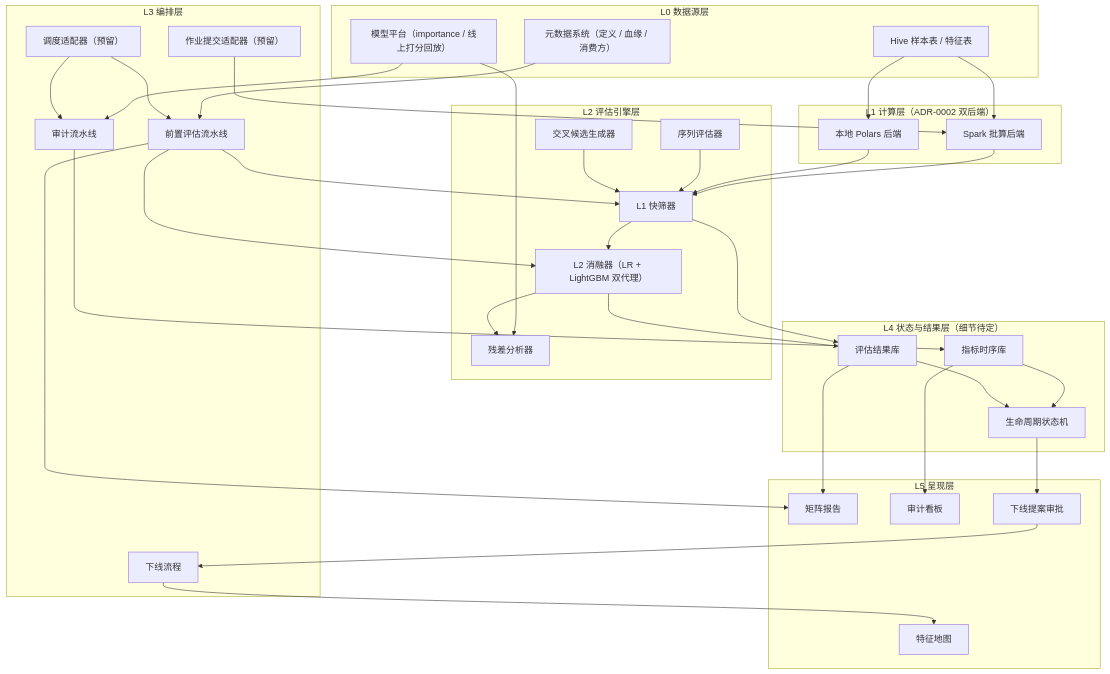
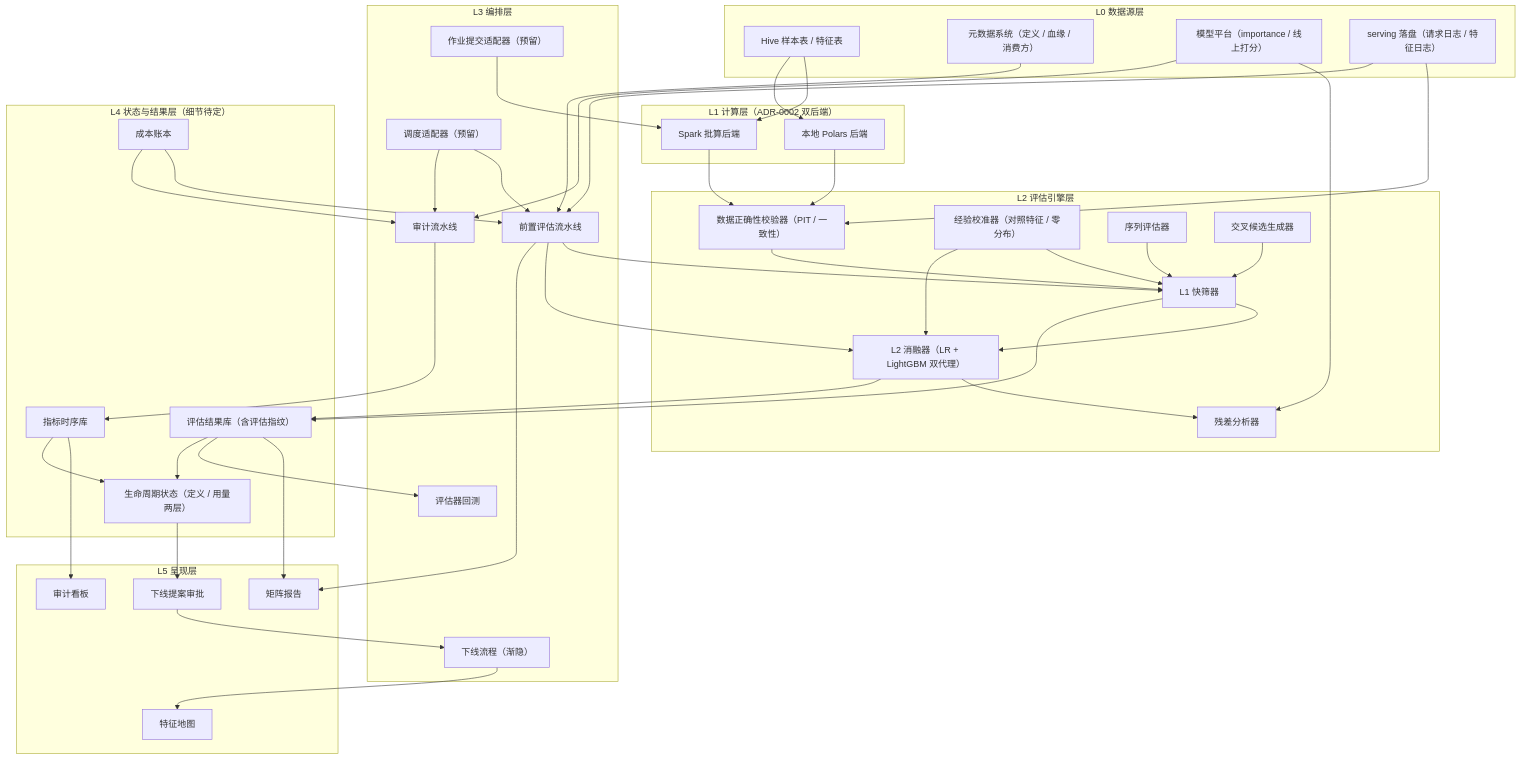
The first of 3 diagrams in docs/总体方案设计.md (Milittle/feature-engineering), drawn with Mermaid before and after one commit. The commit also changed other lines of this file and 8 other files, not shown here.

````diff
--- a/docs/总体方案设计.md
+++ b/docs/总体方案设计.md
@@ -33,65 +36,78 @@
 ```mermaid
 flowchart TB
   subgraph L0["L0 数据源层"]
     HIVE["Hive 样本表 / 特征表"]
     META["元数据系统（定义 / 血缘 / 消费方）"]
-    MODELS["模型平台（importance / 线上打分回放）"]
+    MODELS["模型平台（importance / 线上打分）"]
+    SLOG["serving 落盘（请求日志 / 特征日志）"]
   end
   subgraph L1C["L1 计算层（ADR-0002 双后端）"]
     SPARK["Spark 批算后端"]
     LOCAL["本地 Polars 后端"]
   end
   subgraph L2C["L2 评估引擎层"]
+    DQ["数据正确性校验器（PIT / 一致性）"]
     SCR["L1 快筛器"]
     ABL["L2 消融器（LR + LightGBM 双代理）"]
     RES["残差分析器"]
+    CAL["经验校准器（对照特征 / 零分布）"]
     SEQ["序列评估器"]
     CRS["交叉候选生成器"]
   end
   subgraph L3C["L3 编排层"]
     PIPE["前置评估流水线"]
     AUD["审计流水线"]
-    RET["下线流程"]
+    RET["下线流程（渐隐）"]
+    BT["评估器回测"]
     SUB["作业提交适配器（预留）"]
     SCH["调度适配器（预留）"]
   end
   subgraph L4C["L4 状态与结果层（细节待定）"]
     TS["指标时序库"]
-    FSM["生命周期状态机"]
-    EVAL["评估结果库"]
+    FSM["生命周期状态（定义 / 用量两层）"]
+    EVAL["评估结果库（含评估指纹）"]
+    COST["成本账本"]
   end
   subgraph L5C["L5 呈现层"]
     RPT["矩阵报告"]
     MAP["特征地图"]
     DASH["审计看板"]
     APR["下线提案审批"]
   end
 
   HIVE --> SPARK
   HIVE --> LOCAL
+  SLOG --> DQ
+  SLOG --> PIPE
   META --> PIPE
   MODELS --> RES
   MODELS --> AUD
-  SPARK --> SCR
-  LOCAL --> SCR
+  SPARK --> DQ
+  LOCAL --> DQ
+  DQ --> SCR
   SCR --> ABL
   SEQ --> SCR
   CRS --> SCR
   ABL --> RES
+  CAL --> SCR
+  CAL --> ABL
   PIPE --> SCR
   PIPE --> ABL
   PIPE --> RPT
   SCR --> EVAL
   ABL --> EVAL
   EVAL --> RPT
+  EVAL --> BT
   AUD --> TS
   TS --> DASH
   TS --> FSM
   EVAL --> FSM
+  COST --> PIPE
+  COST --> AUD
   FSM --> APR
   APR --> RET
   RET --> MAP
   SUB --> SPARK
   SCH --> PIPE
   SCH --> AUD
 ```
````
